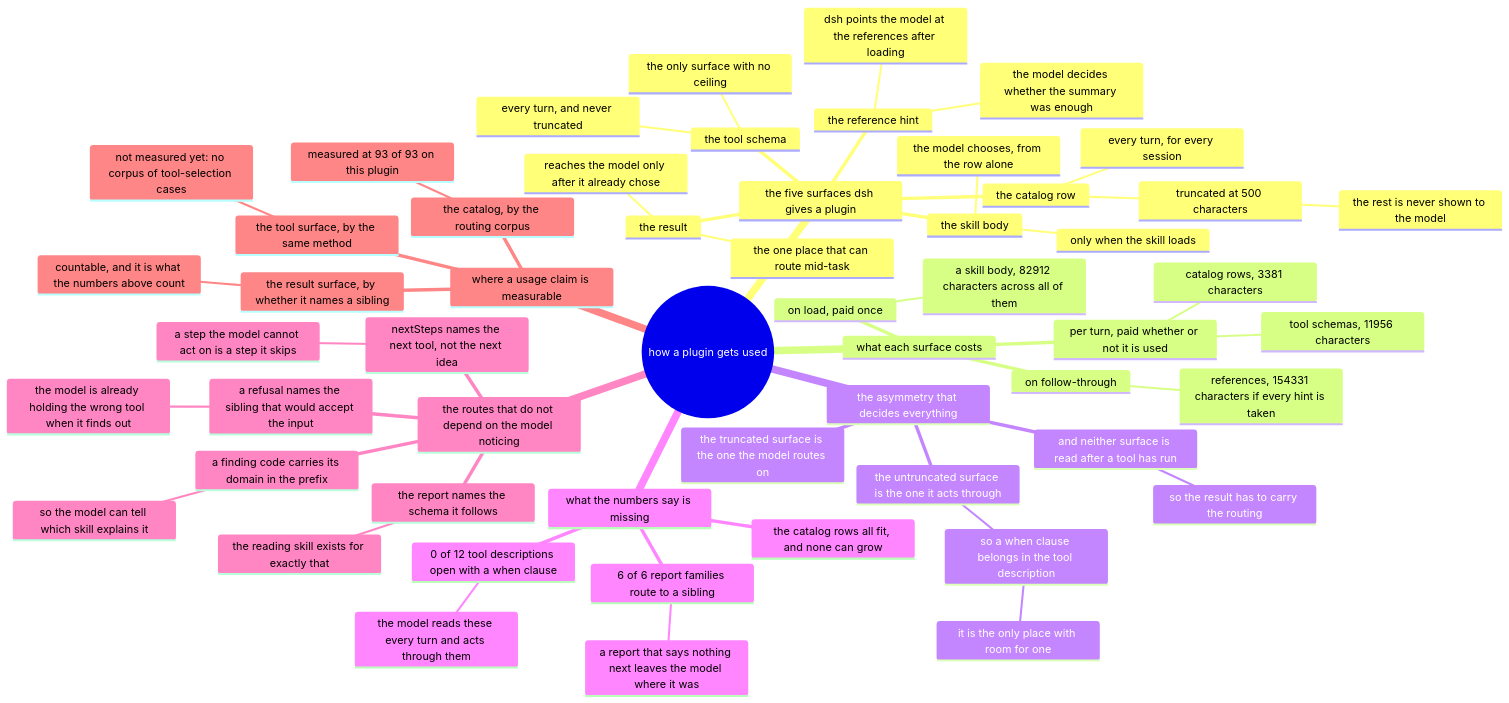
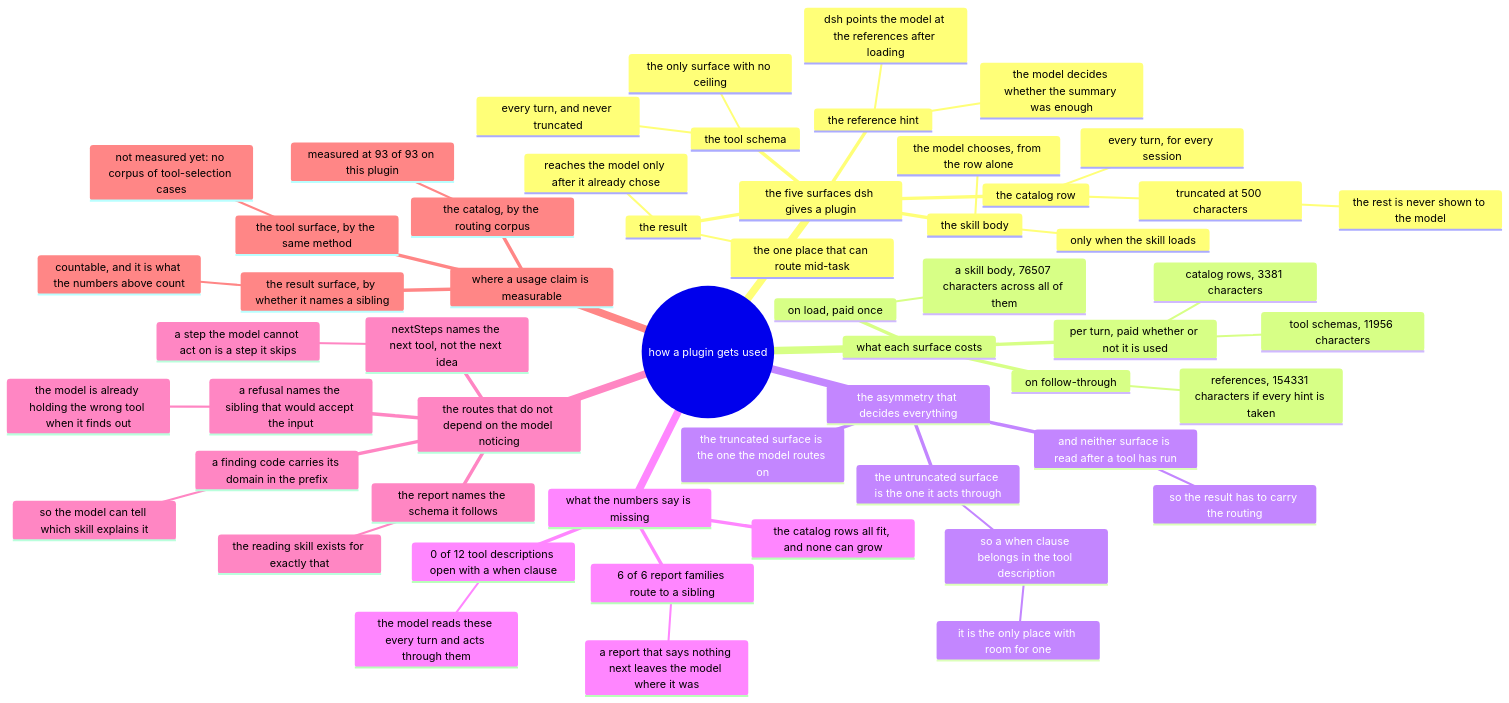
Before and after one commit to AmethystLuna/dsh-model-everything: the diagram in docs/usage/mindmap.mmd, drawn with Mermaid. The commit also changed 4 other files, not shown here.

```diff
--- a/docs/usage/mindmap.mmd
+++ b/docs/usage/mindmap.mmd
@@ -1,56 +1,56 @@
 mindmap
 root((how a plugin gets used))
   the five surfaces dsh gives a plugin
     the catalog row
       every turn, for every session
       truncated at 500 characters
         the rest is never shown to the model
     the skill body
       only when the skill loads
       the model chooses, from the row alone
     the reference hint
       dsh points the model at the references after loading
       the model decides whether the summary was enough
     the tool schema
       every turn, and never truncated
       the only surface with no ceiling
     the result
       reaches the model only after it already chose
       the one place that can route mid-task
   what each surface costs
     per turn, paid whether or not it is used
       catalog rows, 3381 characters
       tool schemas, 11956 characters
     on load, paid once
-      a skill body, 82912 characters across all of them
+      a skill body, 76507 characters across all of them
     on follow-through
       references, 154331 characters if every hint is taken
   the asymmetry that decides everything
     the truncated surface is the one the model routes on
     the untruncated surface is the one it acts through
       so a when clause belongs in the tool description
         it is the only place with room for one
     and neither surface is read after a tool has run
       so the result has to carry the routing
   what the numbers say is missing
     0 of 12 tool descriptions open with a when clause
       the model reads these every turn and acts through them
     6 of 6 report families route to a sibling
       a report that says nothing next leaves the model where it was
     the catalog rows all fit, and none can grow
   the routes that do not depend on the model noticing
     a refusal names the sibling that would accept the input
       the model is already holding the wrong tool when it finds out
     nextSteps names the next tool, not the next idea
       a step the model cannot act on is a step it skips
     a finding code carries its domain in the prefix
       so the model can tell which skill explains it
     the report names the schema it follows
       the reading skill exists for exactly that
   where a usage claim is measurable
     the catalog, by the routing corpus
       measured at 93 of 93 on this plugin
     the tool surface, by the same method
       not measured yet: no corpus of tool-selection cases
     the result surface, by whether it names a sibling
       countable, and it is what the numbers above count
```
